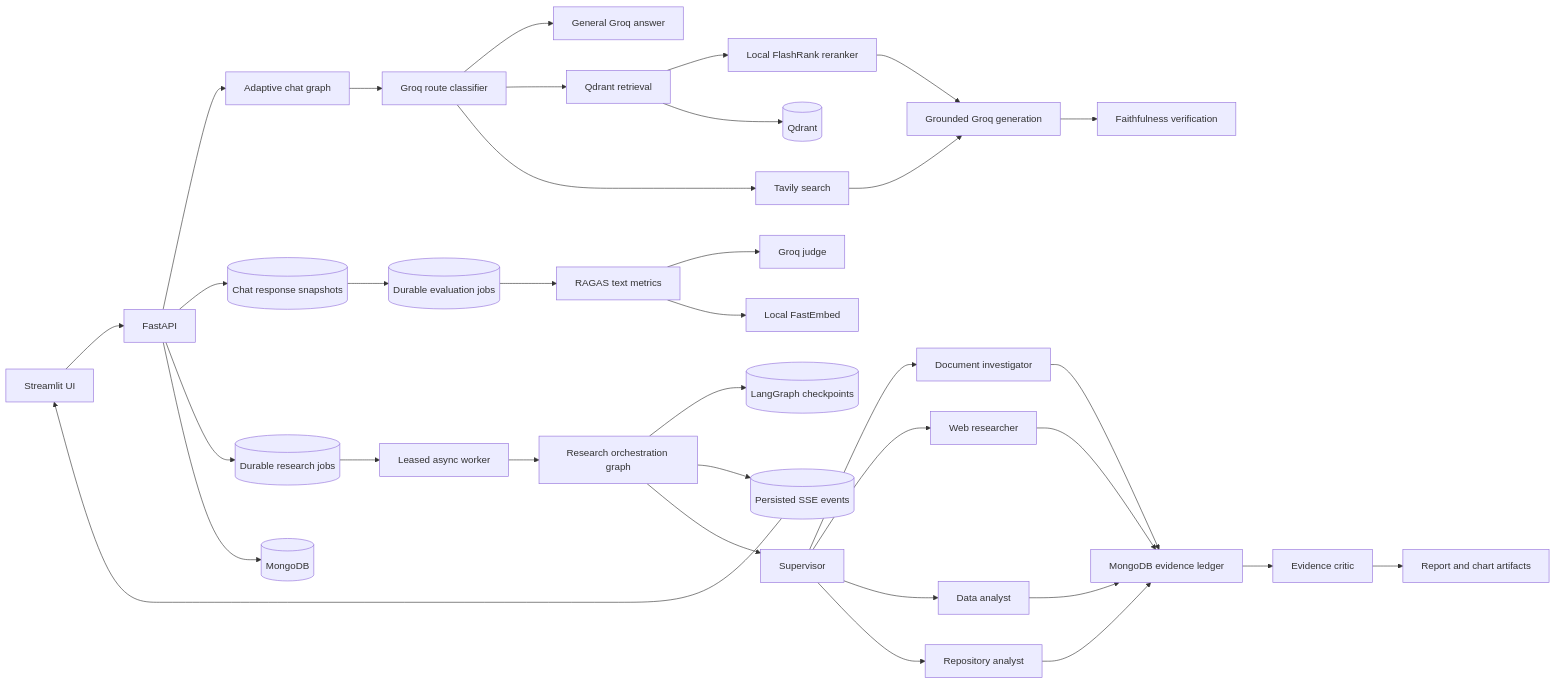
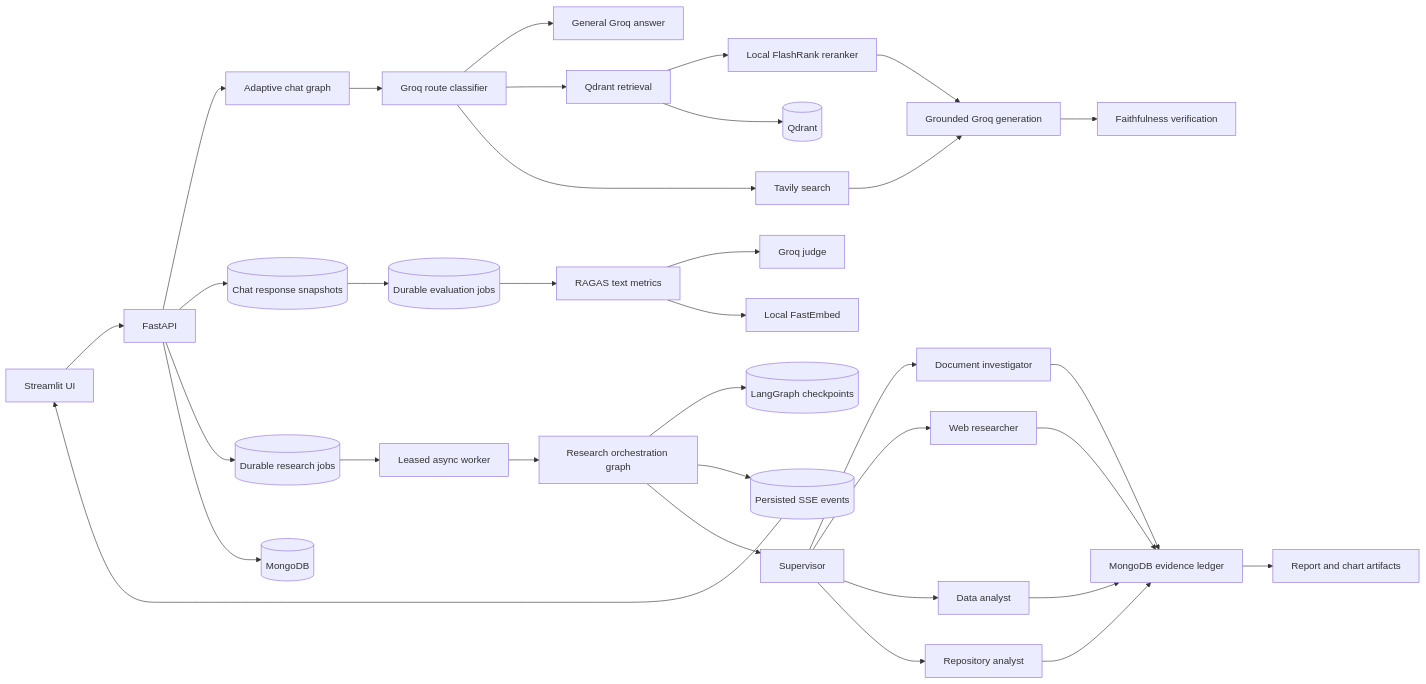
Before and after one commit to DeveshJha-00/multi-agent-research-workspace: the diagram in README.md, drawn with Mermaid. The commit also changed other lines of this file and 15 other files, not shown here.

````diff
--- a/README.md
+++ b/README.md
@@ -130,41 +129,40 @@
 ```mermaid
 flowchart LR
     UI[Streamlit UI] --> API[FastAPI]
 
     API --> CHAT[Adaptive chat graph]
     CHAT --> CLASSIFY[Groq route classifier]
     CLASSIFY --> GENERAL[General Groq answer]
     CLASSIFY --> RAG[Qdrant retrieval]
     CLASSIFY --> WEB[Tavily search]
     RAG --> RERANK[Local FlashRank reranker]
     RERANK --> GENERATE[Grounded Groq generation]
     WEB --> GENERATE
     GENERATE --> VERIFY[Faithfulness verification]
 
     API --> SNAPSHOTS[(Chat response snapshots)]
     SNAPSHOTS --> EVALJOBS[(Durable evaluation jobs)]
     EVALJOBS --> RAGAS[RAGAS text metrics]
     RAGAS --> GROQJUDGE[Groq judge]
     RAGAS --> FASTEMBED[Local FastEmbed]
 
     API --> JOBS[(Durable research jobs)]
     JOBS --> WORKER[Leased async worker]
     WORKER --> RESEARCH[Research orchestration graph]
     RESEARCH --> CHECKPOINTS[(LangGraph checkpoints)]
     RESEARCH --> EVENTS[(Persisted SSE events)]
     EVENTS --> UI
     RESEARCH --> SUPERVISOR[Supervisor]
     SUPERVISOR --> DOC[Document investigator]
     SUPERVISOR --> WEBAGENT[Web researcher]
     SUPERVISOR --> DATA[Data analyst]
     SUPERVISOR --> REPO[Repository analyst]
     DOC --> LEDGER[MongoDB evidence ledger]
     WEBAGENT --> LEDGER
     DATA --> LEDGER
     REPO --> LEDGER
-    LEDGER --> CRITIC[Evidence critic]
-    CRITIC --> REPORT[Report and chart artifacts]
+    LEDGER --> REPORT[Report and chart artifacts]
 
     RAG --> QDRANT[(Qdrant)]
     API --> MONGO[(MongoDB)]
 ```
````
